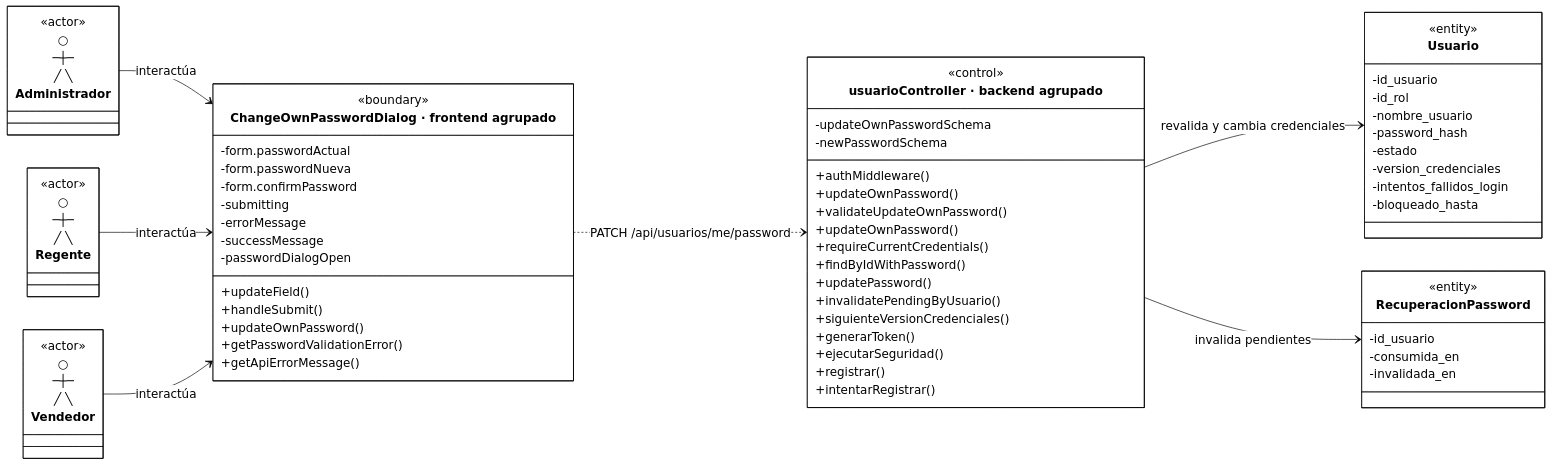
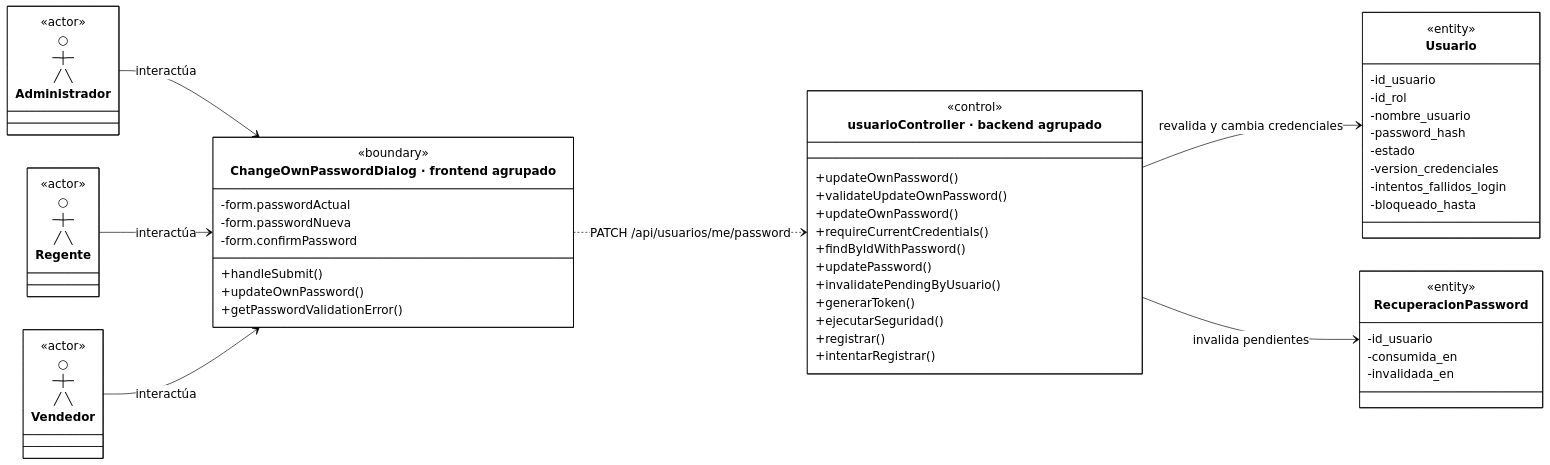
The eighth of 35 diagrams in docs/ai/analisis-clases-academico-simplificado.md (CreepyBowDev/cadefar-inventory-system), drawn with Mermaid before and after one commit. The commit also changed other lines of this file, not shown here.

````diff
--- a/docs/ai/analisis-clases-academico-simplificado.md
+++ b/docs/ai/analisis-clases-academico-simplificado.md
@@ -639,76 +578,66 @@
 ```mermaid
-%%{init: {"theme":"base","htmlLabels":true,"markdownAutoWrap":false,"class":{"useMaxWidth":false},"themeCSS":".node.actor .label-container path{stroke:none!important;fill:none!important;} .node.actor .divider{display:none;} .nodeLabel{color:#000000!important;} .node .label div{display:table-cell!important;white-space:nowrap!important;max-width:none!important;} .control .methods-group .label:nth-child(2) p::after{content:\" [controller]\";} .control .methods-group .label:nth-child(4) p::after{content:\" [service]\";} .control .methods-group .label:nth-child(11) p::after{content:\" [auditoria]\";} .control .methods-group .label:nth-child(12) p::after{content:\" [auditoria]\";} .control .methods-group .label:nth-child(13) p::after{content:\" [auditoria]\";}","themeVariables":{"background":"#ffffff","primaryColor":"#ffffff","primaryTextColor":"#000000","primaryBorderColor":"#000000","secondaryColor":"#ffffff","tertiaryColor":"#ffffff","lineColor":"#000000","textColor":"#000000","fontFamily":"Arial","fontSize":"18px"}}}%%
+%%{init: {"theme":"base","htmlLabels":true,"markdownAutoWrap":false,"class":{"useMaxWidth":false},"themeCSS":".node.actor .label-container path{stroke:none!important;fill:none!important;} .node.actor .divider{display:none;} .nodeLabel{color:#000000!important;} .node .label div{display:table-cell!important;white-space:nowrap!important;max-width:none!important;} .control .methods-group .label:nth-child(1) p::after{content:\" [controller]\";}.control .methods-group .label:nth-child(3) p::after{content:\" [service]\";}.control .methods-group .label:nth-child(9) p::after{content:\" [auditoria]\";}.control .methods-group .label:nth-child(10) p::after{content:\" [auditoria]\";}.control .methods-group .label:nth-child(11) p::after{content:\" [auditoria]\";}","themeVariables":{"background":"#ffffff","primaryColor":"#ffffff","primaryTextColor":"#000000","primaryBorderColor":"#000000","secondaryColor":"#ffffff","tertiaryColor":"#ffffff","lineColor":"#000000","textColor":"#000000","fontFamily":"Arial","fontSize":"18px"}}}%%
 %%{init: {"state":{"useMaxWidth":false}}}%%
 classDiagram
     direction LR
     class Administrador["○<br/>─┼─<br/>╱ ╲<br/>Administrador"]
     class Regente["○<br/>─┼─<br/>╱ ╲<br/>Regente"]
     class Vendedor["○<br/>─┼─<br/>╱ ╲<br/>Vendedor"]
     class Administrador { <<actor>> }
     class Regente { <<actor>> }
     class Vendedor { <<actor>> }
     class Boundary["ChangeOwnPasswordDialog · frontend agrupado"] {
         <<boundary>>
         -form.passwordActual
         -form.passwordNueva
         -form.confirmPassword
-        -submitting
-        -errorMessage
-        -successMessage
-        -passwordDialogOpen
-        +updateField()
         +handleSubmit()
         +updateOwnPassword()
         +getPasswordValidationError()
-        +getApiErrorMessage()
     }
     class Control["usuarioController · backend agrupado"] {
         <<control>>
-        -updateOwnPasswordSchema
-        -newPasswordSchema
-        +authMiddleware()
         %% updateOwnPassword() [controller]
         +updateOwnPassword()
         +validateUpdateOwnPassword()
         %% updateOwnPassword() [service]
         +updateOwnPassword()
         +requireCurrentCredentials()
         +findByIdWithPassword()
         +updatePassword()
         +invalidatePendingByUsuario()
-        +siguienteVersionCredenciales()
         +generarToken()
         %% ejecutarSeguridad() [auditoria]
         +ejecutarSeguridad()
         %% registrar() [auditoria]
         +registrar()
         %% intentarRegistrar() [auditoria]
         +intentarRegistrar()
     }
     class Usuario {
         <<entity>>
         -id_usuario
         -id_rol
         -nombre_usuario
         -password_hash
         -estado
         -version_credenciales
         -intentos_fallidos_login
         -bloqueado_hasta
     }
     class RecuperacionPassword {
         <<entity>>
         -id_usuario
         -consumida_en
         -invalidada_en
     }
     Administrador --> Boundary : interactúa
     Regente --> Boundary : interactúa
     Vendedor --> Boundary : interactúa
     Boundary ..> Control : PATCH /api/usuarios/me/password
     Control --> Usuario : revalida y cambia credenciales
     Control --> RecuperacionPassword : invalida pendientes
     cssClass "Control" control
     classDef actor fill:#ffffff,stroke-width:0px,color:#000000
     cssClass "Administrador,Regente,Vendedor" actor
 ```
````
